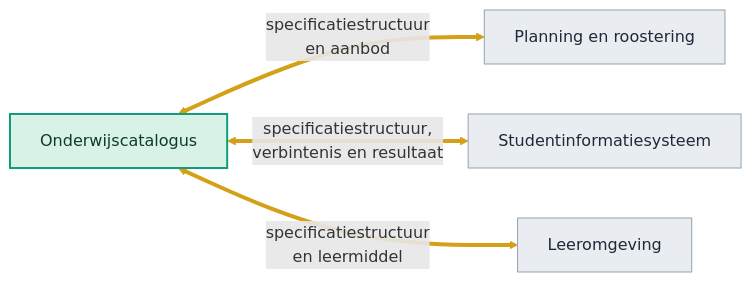
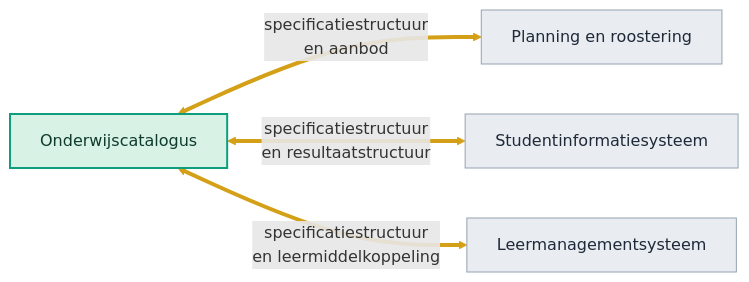
One commit to Npuls-OKx/meta changed the diagram in presentaties/src/260904_ai_houdbaarheid.md. Above: the diagram before and after it, drawn with Mermaid. The commit also changed other lines of this file and 2 other files, not shown here.

````diff
--- a/presentaties/src/260904_ai_houdbaarheid.md
+++ b/presentaties/src/260904_ai_houdbaarheid.md
@@ -241,15 +245,15 @@
 ```mermaid
 flowchart LR
   OC["Onderwijscatalogus"]
   PR["Planning en roostering"]
   SIS["Studentinformatiesysteem"]
-  LMS["Leeromgeving"]
+  LMS["Leermanagementsysteem"]
   OC <-->|"specificatiestructuur<br/>en aanbod"| PR
-  OC <-->|"specificatiestructuur,<br/>verbintenis en resultaat"| SIS
-  OC <-->|"specificatiestructuur<br/>en leermiddel"| LMS
+  OC <-->|"specificatiestructuur<br/>en resultaatstructuur"| SIS
+  OC <-->|"specificatiestructuur<br/>en leermiddelkoppeling"| LMS
   style OC fill:#d9f2e6,stroke:#0E9E7E,stroke-width:2px,color:#0f3b2e
   style PR fill:#e9edf2,stroke:#94a3b0,color:#1f2937
   style SIS fill:#e9edf2,stroke:#94a3b0,color:#1f2937
   style LMS fill:#e9edf2,stroke:#94a3b0,color:#1f2937
   linkStyle 0,1,2 stroke:#D4A017,stroke-width:4px
 ```
````
